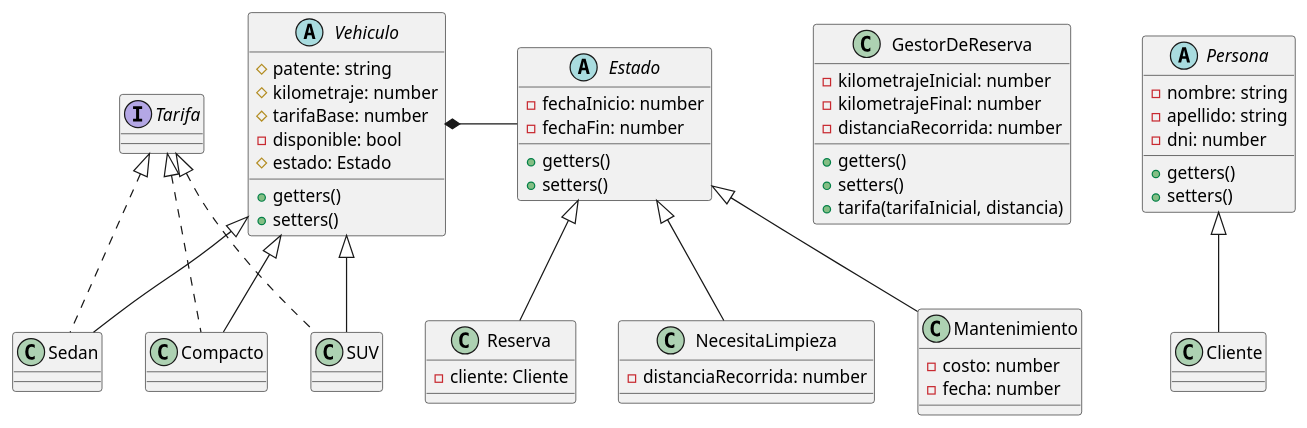
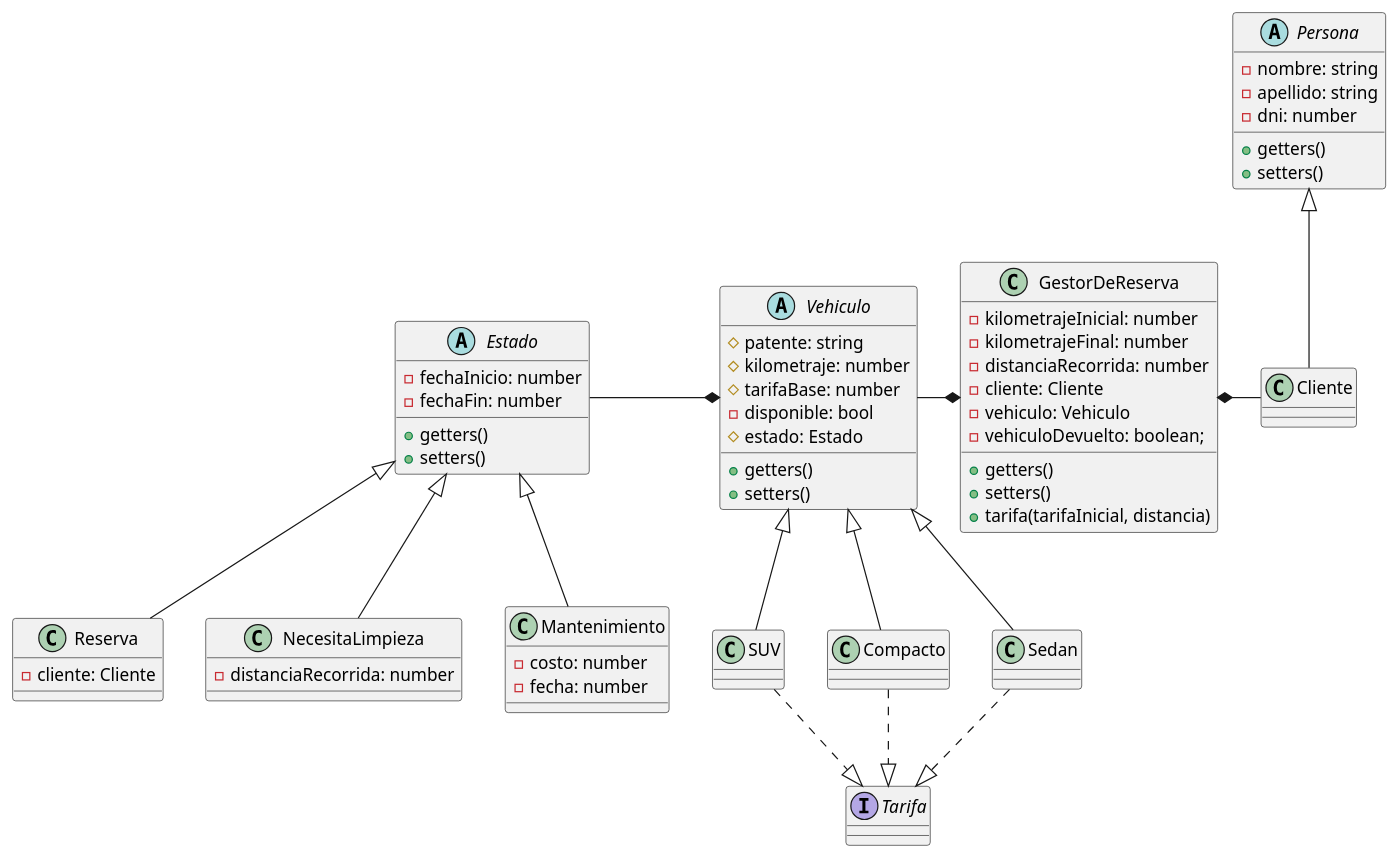
The diagram in DriveHub.puml (JLMinera/UTN_TUP_Proyecto-programacion_2), drawn with PlantUML before and after one commit.

Commit message:
Se actualiza diagrama para incluir la relación cliente y vehiculo en GestorDeReserva

```diff
--- a/DriveHub.puml
+++ b/DriveHub.puml
@@ -1,98 +1,104 @@
 @startuml DriveHub
 
 ' Clases
 
 class GestorDeReserva {
     - kilometrajeInicial: number
     - kilometrajeFinal: number
     - distanciaRecorrida: number
+    - cliente: Cliente
+    - vehiculo: Vehiculo
+    - vehiculoDevuelto: boolean;
 
     + getters()
     + setters()
     + tarifa(tarifaInicial, distancia)
 }
 
 abstract class Persona {
     - nombre: string
     - apellido: string
     - dni: number
 
     + getters()
     + setters()
 }
 
 class Cliente {
 
 }
 
 
 abstract class Vehiculo {
     # patente: string
     #kilometraje: number
     # tarifaBase: number
     - disponible: bool
     # estado: Estado
 
     + getters()
     + setters()
 
 }
 
 class Sedan {
 
 }
 
 class Compacto {
 
 }
 
 class SUV {
 
 }
 
 interface Tarifa {
 
 }
 
 abstract class Estado {
     - fechaInicio: number
     - fechaFin: number
 
     + getters()
     + setters()
 }
 
 class Reserva {
     - cliente: Cliente
 }
 
 class NecesitaLimpieza {
     - distanciaRecorrida: number
 }
 
 class Mantenimiento {
     - costo: number
     - fecha: number
 }
 
 ' Relaciones
 
 Persona <|-d- Cliente
 
-Tarifa <|.. Sedan
-Tarifa <|.. Compacto
-Tarifa <|.. SUV
+Tarifa <|.u. Sedan
+Tarifa <|.u. Compacto
+Tarifa <|.u. SUV
 
 Vehiculo <|-d- Sedan
 Vehiculo <|-d- Compacto
 Vehiculo <|-d- SUV
 
-Vehiculo *-r- Estado
+GestorDeReserva *-l- Vehiculo
+GestorDeReserva *-r- Cliente
+
+Vehiculo *-l- Estado
 
 Estado <|-d- Reserva
 Estado <|-d- NecesitaLimpieza
 Estado <|-d- Mantenimiento
 
 
 
 @enduml
```
